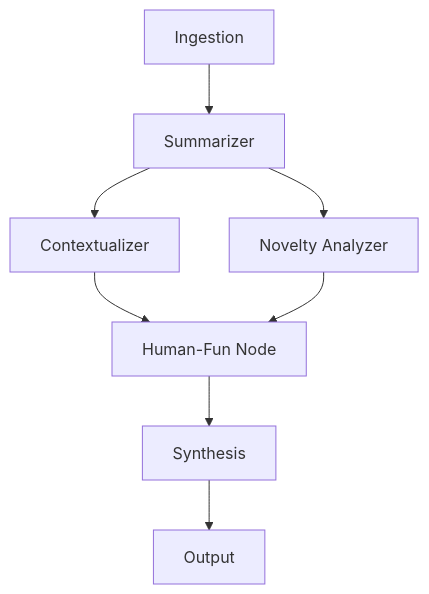
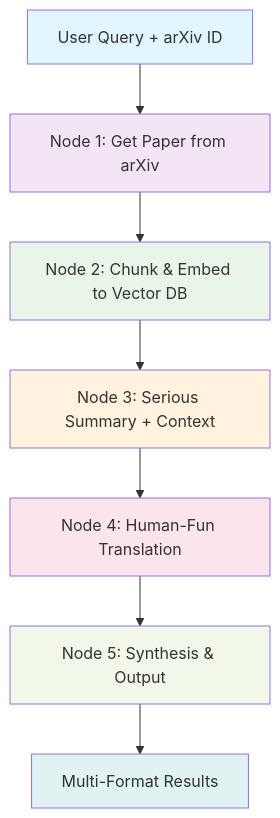
The diagram in README.md (Iyabivuz-e/paper_sum), drawn with Mermaid before and after one commit. The commit also changed other lines of this file and 24 other files, not shown here.

````diff
--- a/README.md
+++ b/README.md
@@ -39,10 +46,17 @@
 ```mermaid
 graph TD
-    A[Ingestion] --> B[Summarizer]
-    B --> C[Contextualizer]
-    B --> D[Novelty Analyzer]
-    C --> E[Human-Fun Node]
-    D --> E
-    E --> F[Synthesis]
-    F --> G[Output]
+    A[User Query + arXiv ID] --> B[Node 1: Get Paper from arXiv]
+    B --> C[Node 2: Chunk & Embed to Vector DB]
+    C --> D[Node 3: Serious Summary + Context]
+    D --> E[Node 4: Human-Fun Translation]
+    E --> F[Node 5: Synthesis & Output]
+    F --> G[Multi-Format Results]
+    
+    style A fill:#e1f5fe
+    style B fill:#f3e5f5
+    style C fill:#e8f5e8
+    style D fill:#fff3e0
+    style E fill:#fce4ec
+    style F fill:#f1f8e9
+    style G fill:#e0f2f1
 ```
````
